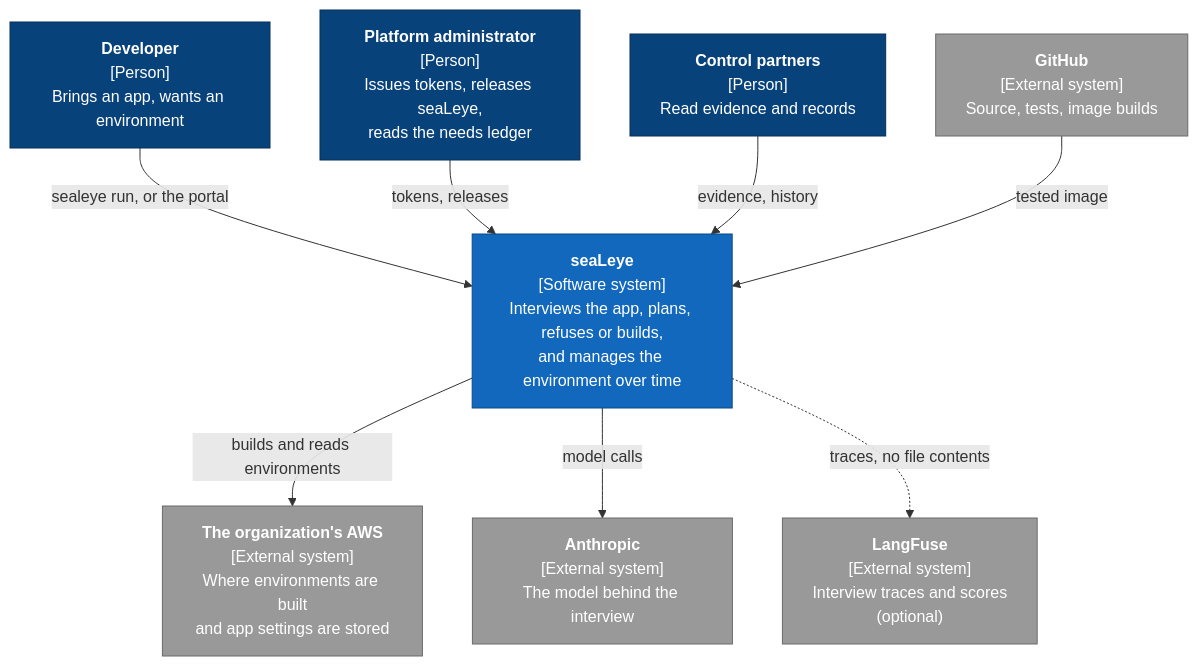
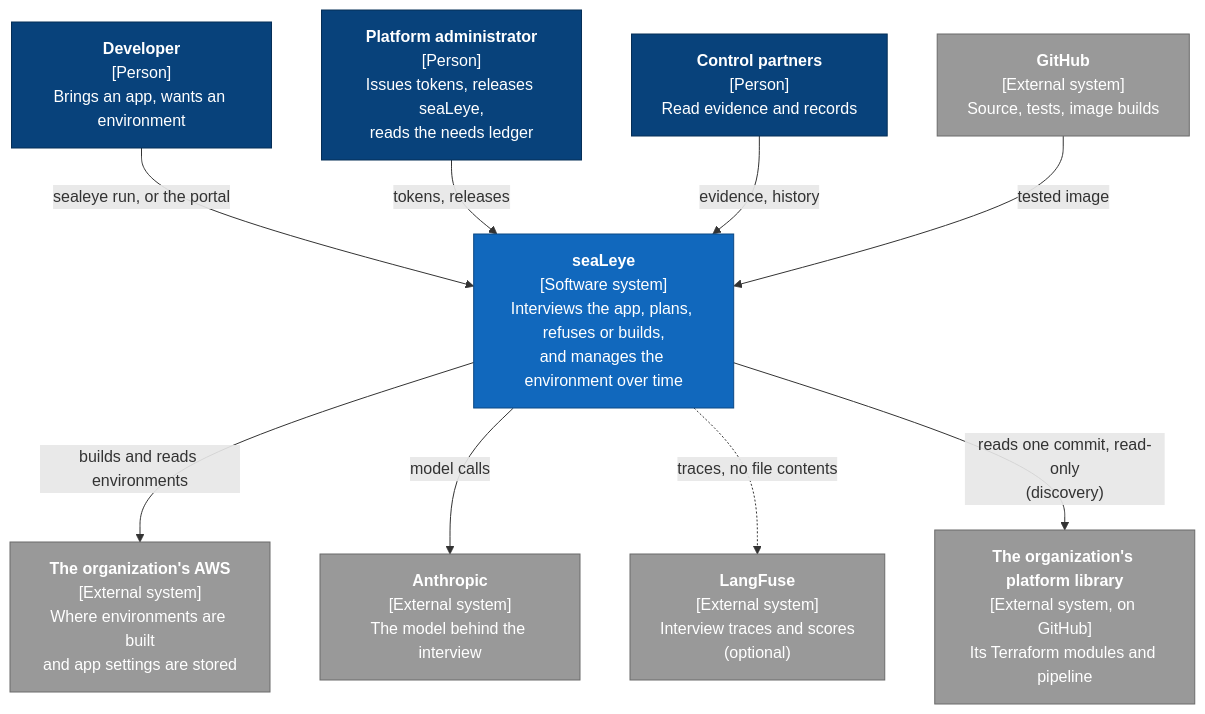
One commit to GregKliewer/sealeye changed the first of 12 diagrams in docs/ARCHITECTURE.md. Above: the diagram before and after it, drawn with Mermaid. The commit also changed other lines of this file and 4 other files, not shown here.

````diff
--- a/docs/ARCHITECTURE.md
+++ b/docs/ARCHITECTURE.md
@@ -59,28 +59,30 @@
 ```mermaid
 flowchart TB
   dev["<b>Developer</b><br/>[Person]<br/>Brings an app, wants an environment"]
   admin["<b>Platform administrator</b><br/>[Person]<br/>Issues tokens, releases seaLeye,<br/>reads the needs ledger"]
   control["<b>Control partners</b><br/>[Person]<br/>Read evidence and records"]
 
   sealeye["<b>seaLeye</b><br/>[Software system]<br/>Interviews the app, plans, refuses or builds,<br/>and manages the environment over time"]
 
   aws["<b>The organization's AWS</b><br/>[External system]<br/>Where environments are built<br/>and app settings are stored"]
   anthropic["<b>Anthropic</b><br/>[External system]<br/>The model behind the interview"]
   langfuse["<b>LangFuse</b><br/>[External system]<br/>Interview traces and scores<br/>(optional)"]
   github["<b>GitHub</b><br/>[External system]<br/>Source, tests, image builds"]
+  library["<b>The organization's platform library</b><br/>[External system, on GitHub]<br/>Its Terraform modules and pipeline"]
 
   dev -- "sealeye run, or the portal" --> sealeye
   admin -- "tokens, releases" --> sealeye
   control -- "evidence, history" --> sealeye
   sealeye -- "builds and reads environments" --> aws
   sealeye -- "model calls" --> anthropic
   sealeye -. "traces, no file contents" .-> langfuse
   github -- "tested image" --> sealeye
+  sealeye -- "reads one commit, read-only<br/>(discovery)" --> library
 
   classDef person fill:#08427b,stroke:#052e56,color:#fff
   classDef system fill:#1168bd,stroke:#0b4884,color:#fff
   classDef external fill:#999,stroke:#6b6b6b,color:#fff
   class dev,admin,control person
   class sealeye system
-  class aws,anthropic,langfuse,github external
+  class aws,anthropic,langfuse,github,library external
 ```
````
